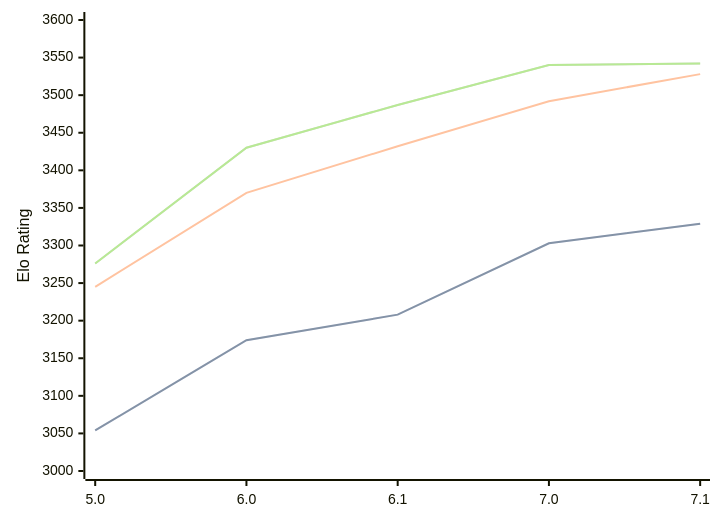
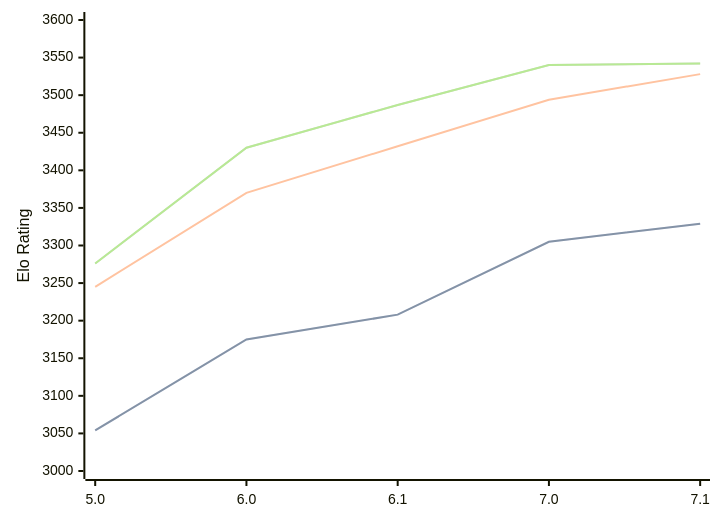
Before and after one commit to computer-chess-index/cci: the diagram in engines/PZChessBot.md, drawn with Mermaid. The commit also changed other lines of this file, not shown here.

````diff
--- a/engines/PZChessBot.md
+++ b/engines/PZChessBot.md
@@ -35,11 +35,11 @@
 ```mermaid
 %%{init: {"theme":"base","themeVariables":{"seriesColors:['#a3a3a3','#222221','#faa371']}}}%%
 xychart-beta
   x-axis ["5.0", "6.0", "6.1", "7.0", "7.1"]
   y-axis "Elo Rating" 3000 --> 3600
-  line "" [3054, 3174, 3208, 3303, 3329]
-  line "STC (8.0+0.08s)" [3054, 3174, 3208, 3303, 3329]
-  line "LTC (60.0+0.60s)" [3245, 3370, 3432, 3492, 3528]
+  line "" [3054, 3175, 3208, 3305, 3329]
+  line "STC (8.0+0.08s)" [3054, 3175, 3208, 3305, 3329]
+  line "LTC (60.0+0.60s)" [3245, 3370, 3432, 3494, 3528]
   line "" [3276, 3430, 3487, 3540, 3542]
   line "VLTC (2m24s+1.12s)" [3276, 3430, 3487, 3540, 3542]
 ```
````
